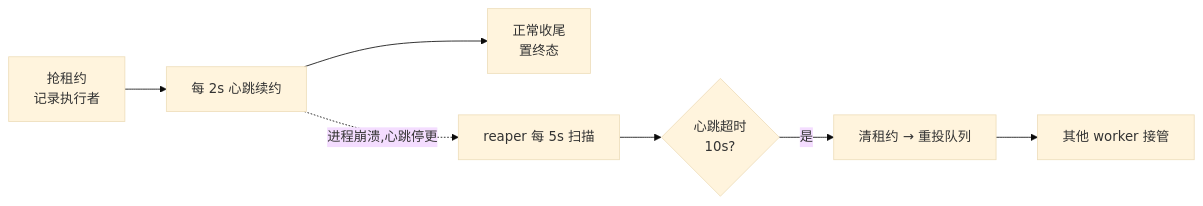
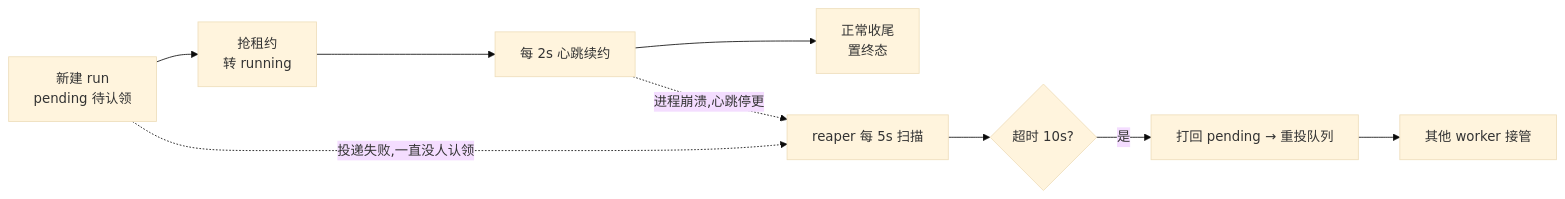
One commit to angshihan777-droid/Ragent changed the third of 5 diagrams in README.md. Above: the diagram before and after it, drawn with Mermaid (base theme). The commit also changed other lines of this file and 11 other files, not shown here.

````diff
--- a/README.md
+++ b/README.md
@@ -74,9 +75,11 @@
 ```mermaid
 flowchart LR
-    C1["抢租约<br/>记录执行者"] --> HB["每 2s 心跳续约"]
+    NEW["新建 run<br/>pending 待认领"] --> C1["抢租约<br/>转 running"]
+    C1 --> HB["每 2s 心跳续约"]
     HB --> OK["正常收尾<br/>置终态"]
     HB -. "进程崩溃,心跳停更" .-> RP["reaper 每 5s 扫描"]
-    RP --> E{"心跳超时<br/>10s?"}
-    E -- "是" --> CL["清租约 → 重投队列"]
+    NEW -. "投递失败,一直没人认领" .-> RP
+    RP --> E{"超时 10s?"}
+    E -- "是" --> CL["打回 pending → 重投队列"]
     CL --> C2["其他 worker 接管"]
 ```
````
